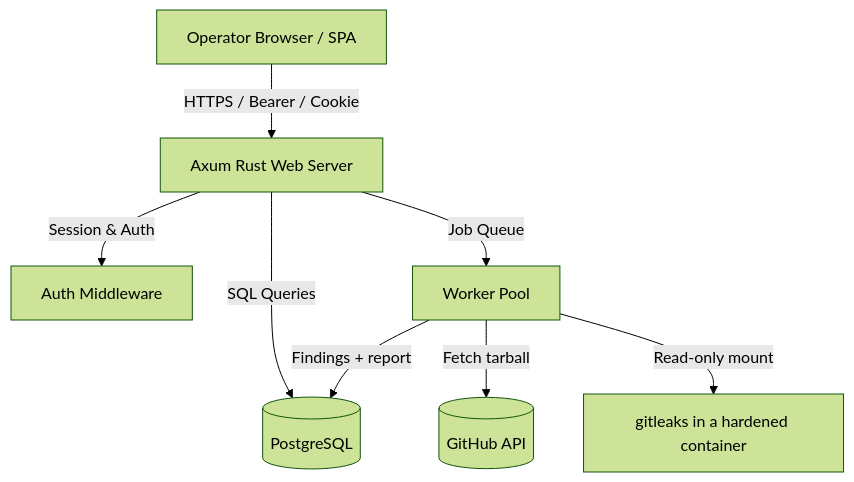
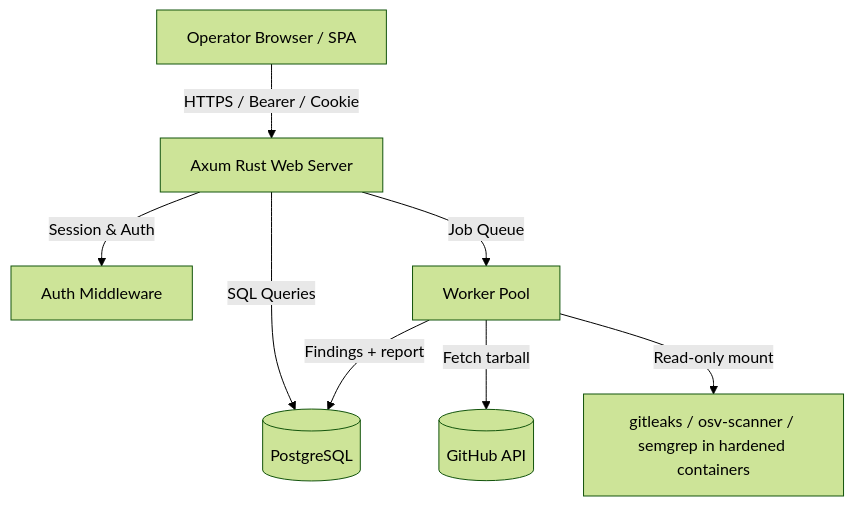
The diagram in README.md (johan-droid/Fire-Crow-), drawn with Mermaid (forest theme) before and after one commit. The commit also changed other lines of this file and 140 other files, not shown here.

````diff
--- a/README.md
+++ b/README.md
@@ -67,10 +85,10 @@
 ```mermaid
 graph TD
     Client[Operator Browser / SPA] -->|HTTPS / Bearer / Cookie| Axum[Axum Rust Web Server]
     Axum -->|Session & Auth| AuthMiddleware[Auth Middleware]
     Axum -->|SQL Queries| Postgres[(PostgreSQL)]
     Axum -->|Job Queue| Worker[Worker Pool]
     Worker -->|Fetch tarball| GitHub[(GitHub API)]
-    Worker -->|Read-only mount| Sandbox[gitleaks in a hardened container]
+    Worker -->|Read-only mount| Sandbox[gitleaks / osv-scanner / semgrep in hardened containers]
     Worker -->|Findings + report| Postgres
 ```
````
